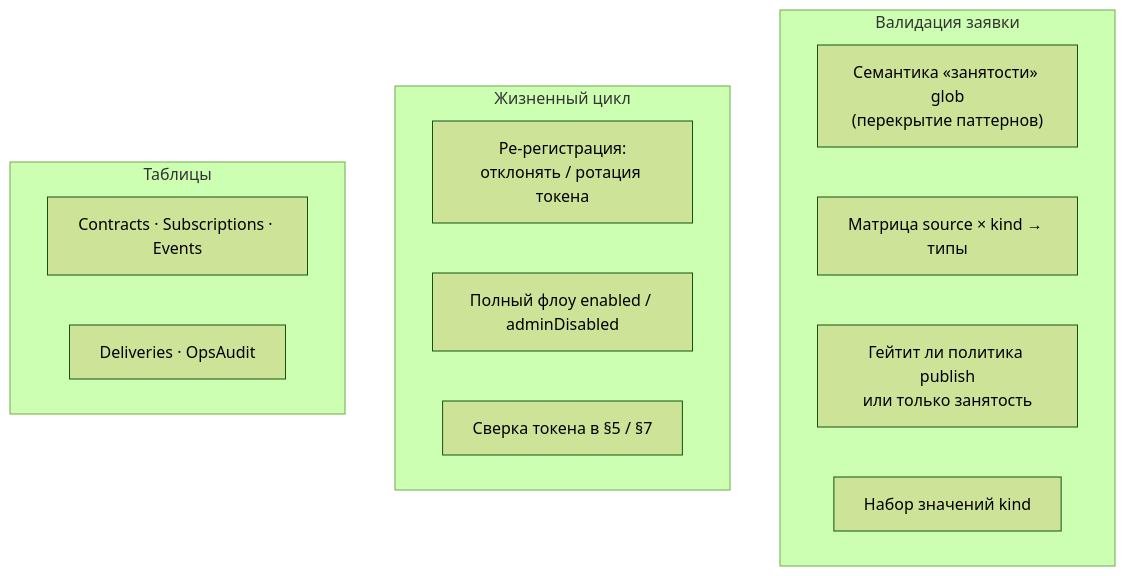
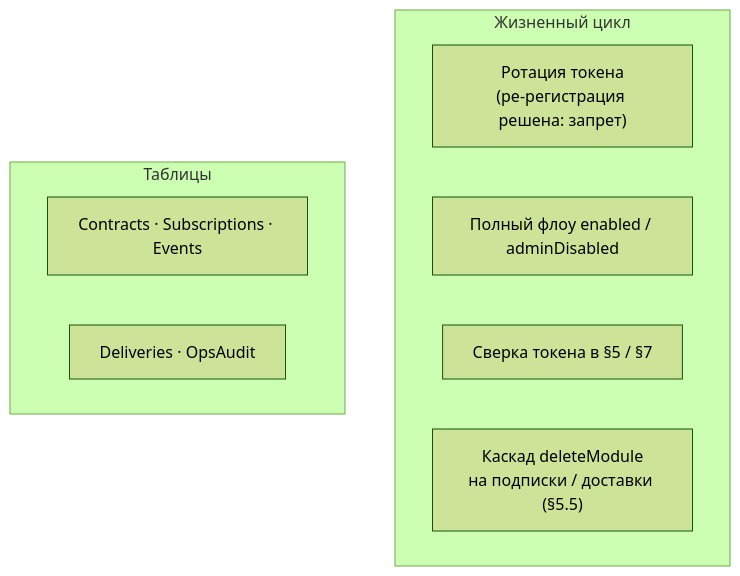
Before and after one commit to andrey-khudoley/Chatium: the seventh of 7 diagrams in s.chtm.khudoley.pro/p/units/aley/bpm/core/docs/spec/spec-map.md, drawn with Mermaid (forest theme). The commit also changed other lines of this file and 3 other files, not shown here.

````diff
--- a/s.chtm.khudoley.pro/p/units/aley/bpm/core/docs/spec/spec-map.md
+++ b/s.chtm.khudoley.pro/p/units/aley/bpm/core/docs/spec/spec-map.md
@@ -120,18 +159,13 @@
 ```mermaid
 flowchart TB
-  subgraph REG["Валидация заявки"]
-    A1["Семантика «занятости» glob<br/>(перекрытие паттернов)"]
-    A2["Матрица source × kind → типы"]
-    A3["Гейтит ли политика publish<br/>или только занятость"]
-    A4["Набор значений kind"]
-  end
   subgraph LIFE["Жизненный цикл"]
-    B1["Ре-регистрация:<br/>отклонять / ротация токена"]
+    B1["Ротация токена<br/>(ре-регистрация решена: запрет)"]
     B2["Полный флоу enabled / adminDisabled"]
     B3["Сверка токена в §5 / §7"]
+    B4["Каскад deleteModule<br/>на подписки / доставки (§5.5)"]
   end
   subgraph TBL["Таблицы"]
     C1["Contracts · Subscriptions · Events"]
     C2["Deliveries · OpsAudit"]
   end
 ```
````
